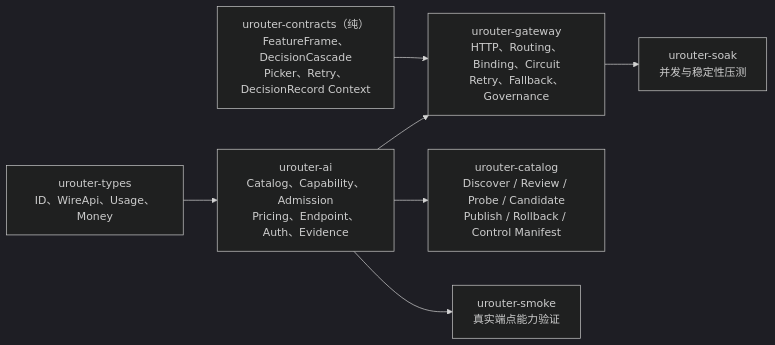
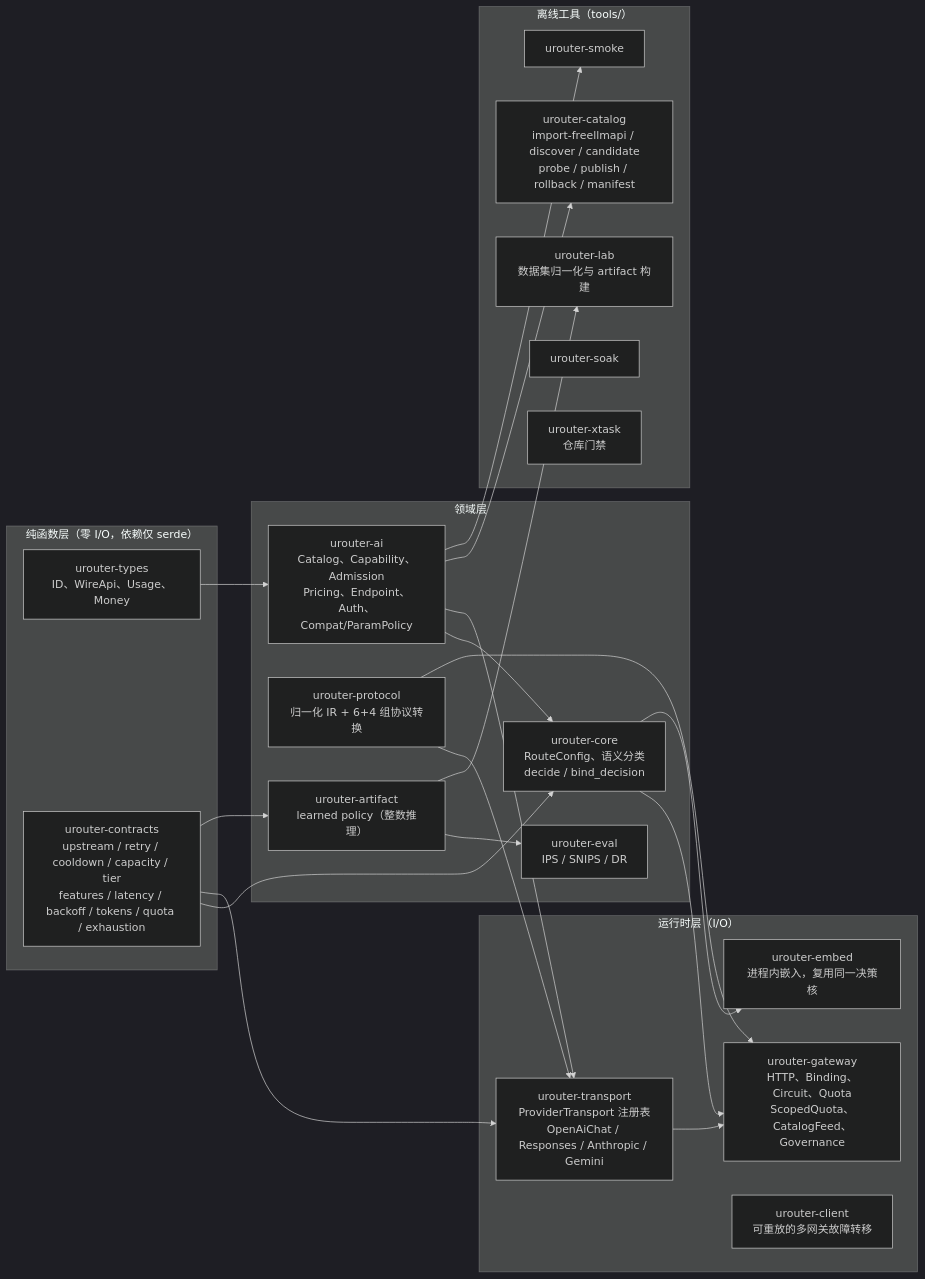
One commit to WALLE-AI/uRouter changed the third of 4 diagrams in uRouter_技术架构流程图.md. Above: the diagram before and after it, drawn with Mermaid (dark theme). The commit also changed other lines of this file and 32 other files, not shown here.

````diff
--- a/uRouter_技术架构流程图.md
+++ b/uRouter_技术架构流程图.md
@@ -96,16 +188,44 @@
 ```mermaid
 flowchart LR
-    Types["urouter-types<br/>ID、WireApi、Usage、Money"]
-    AI["urouter-ai<br/>Catalog、Capability、Admission<br/>Pricing、Endpoint、Auth、Evidence"]
-    Contracts["urouter-contracts（纯）<br/>FeatureFrame、DecisionCascade<br/>Picker、Retry、DecisionRecord Context"]
-    Gateway["urouter-gateway<br/>HTTP、Routing、Binding、Circuit<br/>Retry、Fallback、Governance"]
-    CatalogCLI["urouter-catalog<br/>Discover / Review / Probe / Candidate<br/>Publish / Rollback / Control Manifest"]
-    Smoke["urouter-smoke<br/>真实端点能力验证"]
-    Soak["urouter-soak<br/>并发与稳定性压测"]
+    subgraph Pure["纯函数层（零 I/O，依赖仅 serde）"]
+        Types["urouter-types<br/>ID、WireApi、Usage、Money"]
+        Contracts["urouter-contracts<br/>upstream / retry / cooldown / capacity / tier<br/>features / latency / backoff / tokens / quota / exhaustion"]
+    end
 
-    Types --> AI --> Gateway
-    Contracts --> Gateway
+    subgraph Domain["领域层"]
+        AI["urouter-ai<br/>Catalog、Capability、Admission<br/>Pricing、Endpoint、Auth、Compat/ParamPolicy"]
+        Core["urouter-core<br/>RouteConfig、语义分类<br/>decide / bind_decision"]
+        Protocol["urouter-protocol<br/>归一化 IR + 6+4 组协议转换"]
+        Artifact["urouter-artifact<br/>learned policy（整数推理）"]
+        Eval["urouter-eval<br/>IPS / SNIPS / DR"]
+    end
+
+    subgraph Runtime["运行时层（I/O）"]
+        Transport["urouter-transport<br/>ProviderTransport 注册表<br/>OpenAiChat / Responses / Anthropic / Gemini"]
+        Gateway["urouter-gateway<br/>HTTP、Binding、Circuit、Quota<br/>ScopedQuota、CatalogFeed、Governance"]
+        Embed["urouter-embed<br/>进程内嵌入，复用同一决策核"]
+        Client["urouter-client<br/>可重放的多网关故障转移"]
+    end
+
+    subgraph Tools["离线工具（tools/）"]
+        CatalogCLI["urouter-catalog<br/>import-freellmapi / discover / candidate<br/>probe / publish / rollback / manifest"]
+        Lab["urouter-lab<br/>数据集归一化与 artifact 构建"]
+        Smoke["urouter-smoke"]
+        Soak["urouter-soak"]
+        XTask["urouter-xtask<br/>仓库门禁"]
+    end
+
+    Types --> AI --> Core
+    Contracts --> Core
+    Contracts --> Transport
+    Contracts --> Artifact --> Eval
+    AI --> Transport
+    Protocol --> Transport
+    Core --> Gateway
+    Core --> Embed
+    Transport --> Gateway
+    Protocol --> Gateway
     AI --> CatalogCLI
     AI --> Smoke
-    Gateway --> Soak
+    Artifact --> Lab
 ```
````
